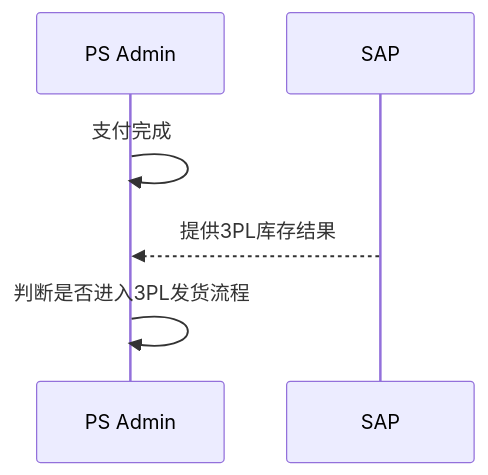
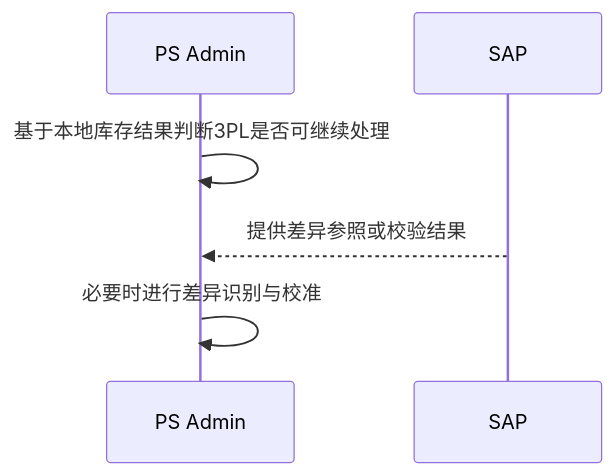
Diagram 16 of 33 in 文档/GM系统需求说明.md (guguohai/gmps), drawn with Mermaid before and after one commit. The commit also changed other lines of this file and 2 other files, not shown here.

````diff
--- a/文档/GM系统需求说明.md
+++ b/文档/GM系统需求说明.md
@@ -929,9 +1189,9 @@
 ```mermaid
 sequenceDiagram
     participant PS as PS Admin
     participant SAP as SAP
 
-    PS->>PS: 支付完成
-    SAP-->>PS: 提供3PL库存结果
-    PS->>PS: 判断是否进入3PL发货流程
+    PS->>PS: 基于本地库存结果判断3PL是否可继续处理
+    SAP-->>PS: 提供差异参照或校验结果
+    PS->>PS: 必要时进行差异识别与校准
 ```
````
